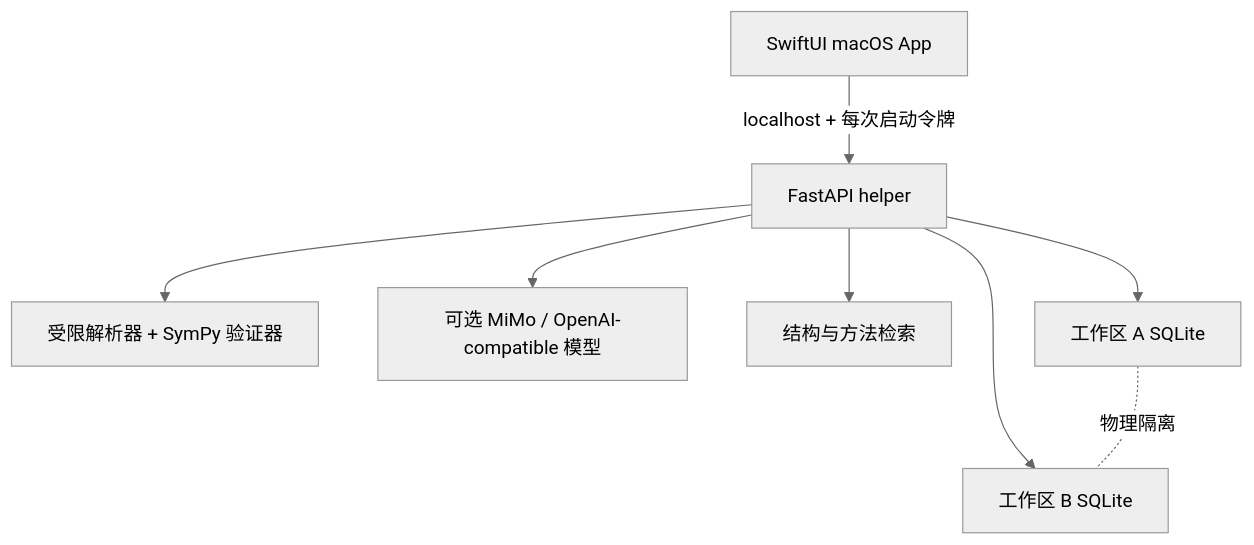
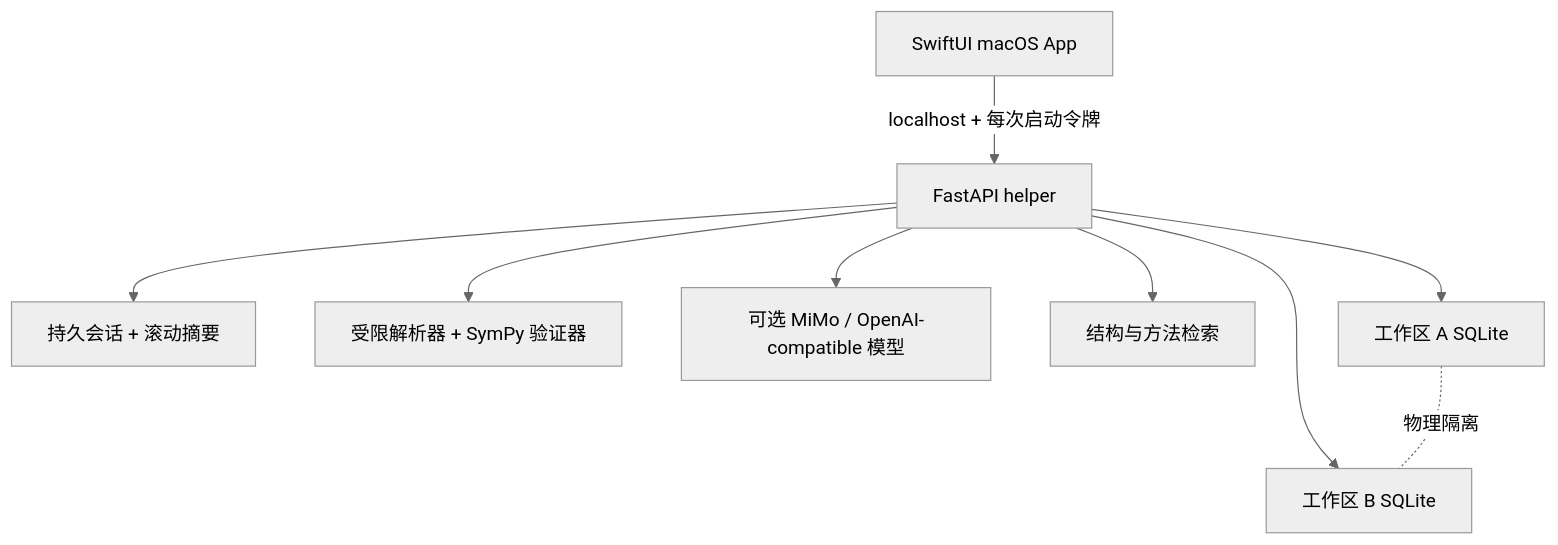
The second of 2 diagrams in README.md (yule1048596-art/math-harness), drawn with Mermaid (neutral theme) before and after one commit. The commit also changed other lines of this file and 29 other files, not shown here.

````diff
--- a/README.md
+++ b/README.md
@@ -742,10 +811,11 @@
 ```mermaid
 flowchart TB
     UI["SwiftUI macOS App"] -->|"localhost + 每次启动令牌"| API["FastAPI helper"]
+    API --> C["持久会话 + 滚动摘要"]
     API --> V["受限解析器 + SymPy 验证器"]
     API --> LLM["可选 MiMo / OpenAI-compatible 模型"]
     API --> R["结构与方法检索"]
     API --> WA["工作区 A SQLite"]
     API --> WB["工作区 B SQLite"]
     WA -. "物理隔离" .- WB
 ```
````
